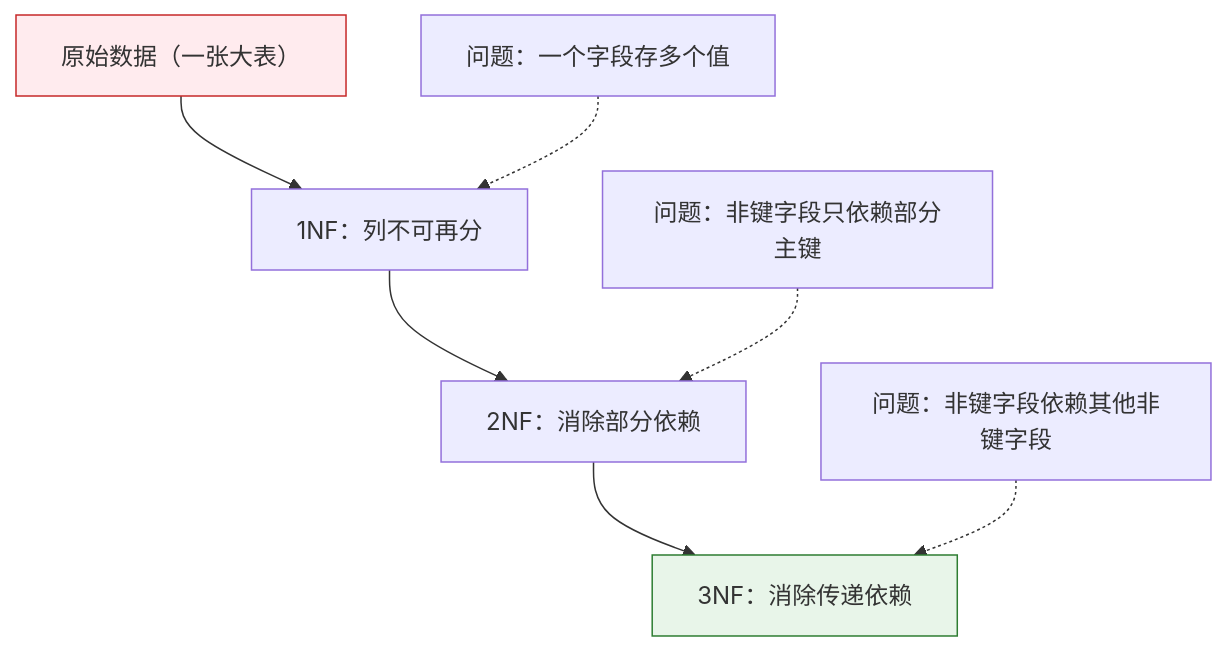
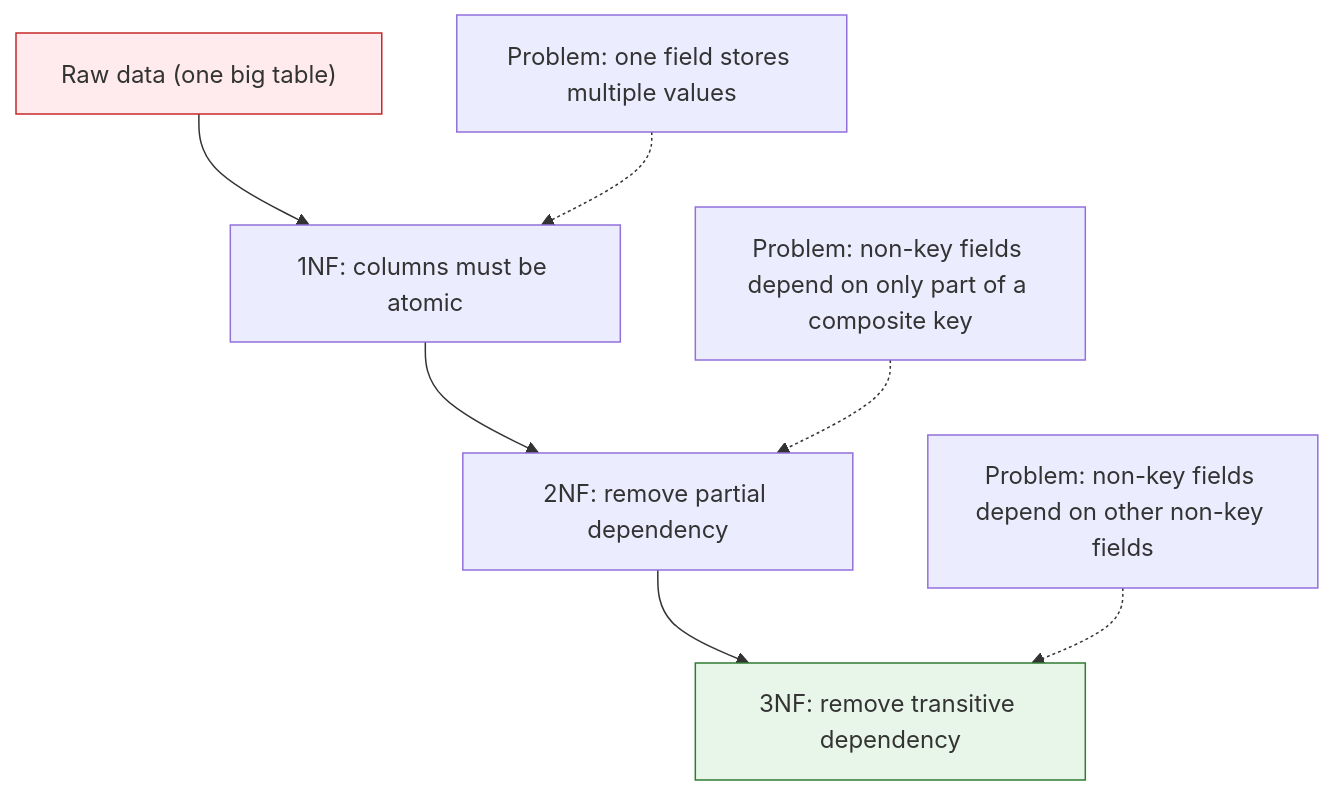
Before and after one commit to oudbiao/AI-fullstack-course: the second of 4 diagrams in docs/ch03-data-analysis/ch05-database/04-db-design.md, drawn with Mermaid. The commit also changed other lines of this file and 1406 other files, not shown here.

````diff
--- a/docs/ch03-data-analysis/ch05-database/04-db-design.md
+++ b/docs/ch03-data-analysis/ch05-database/04-db-design.md
@@ -134,13 +134,13 @@
 ```mermaid
 flowchart TD
-    A["原始数据（一张大表）"] --> B["1NF：列不可再分"]
-    B --> C["2NF：消除部分依赖"]
-    C --> D["3NF：消除传递依赖"]
+    A["Raw data (one big table)"] --> B["1NF: columns must be atomic"]
+    B --> C["2NF: remove partial dependency"]
+    C --> D["3NF: remove transitive dependency"]
 
-    B1["问题：一个字段存多个值"] -.-> B
-    C1["问题：非键字段只依赖部分主键"] -.-> C
-    D1["问题：非键字段依赖其他非键字段"] -.-> D
+    B1["Problem: one field stores multiple values"] -.-> B
+    C1["Problem: non-key fields depend on only part of a composite key"] -.-> C
+    D1["Problem: non-key fields depend on other non-key fields"] -.-> D
 
     style A fill:#ffebee,stroke:#c62828,color:#333
     style D fill:#e8f5e9,stroke:#2e7d32,color:#333
 ```
````
